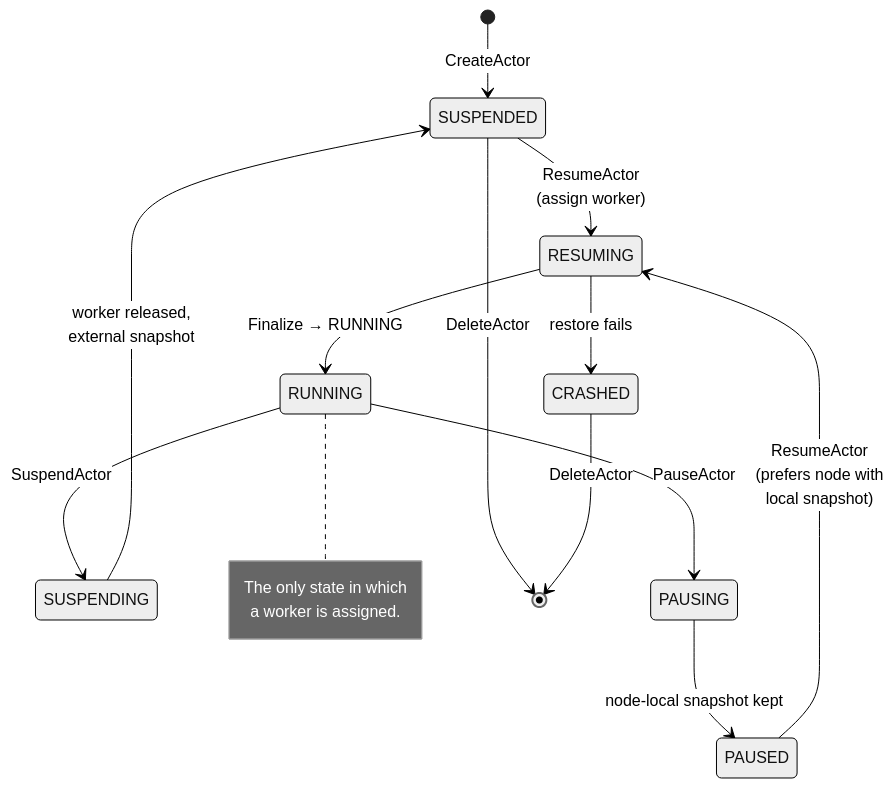
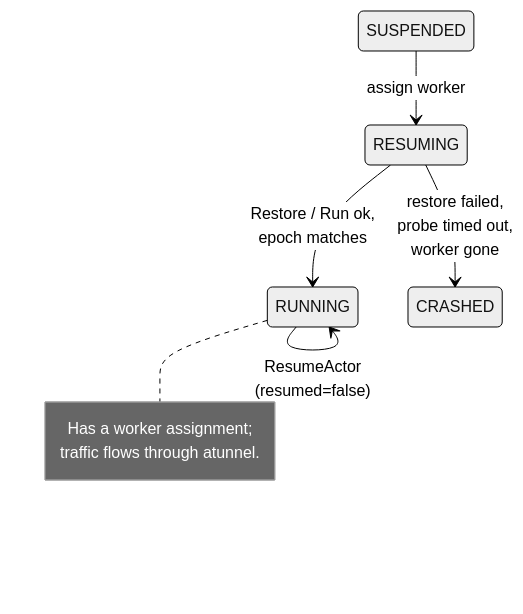
One commit to christian-posta/substrate changed the second of 2 diagrams in atlas/src/content/docs/flows/resume-actor.mdx. Above: the diagram before and after it, drawn with Mermaid (neutral theme). The commit also changed other lines of this file and 34 other files, not shown here.

````diff
--- a/atlas/src/content/docs/flows/resume-actor.mdx
+++ b/atlas/src/content/docs/flows/resume-actor.mdx
@@ -311,18 +353,11 @@
 ```mermaid
 stateDiagram-v2
-  [*] --> SUSPENDED: CreateActor
-  SUSPENDED --> RESUMING: ResumeActor<br/>(assign worker)
-  PAUSED --> RESUMING: ResumeActor<br/>(prefers node with<br/>local snapshot)
-  RESUMING --> RUNNING: Finalize → RUNNING
-  RESUMING --> CRASHED: restore fails
-  RUNNING --> SUSPENDING: SuspendActor
-  RUNNING --> PAUSING: PauseActor
-  SUSPENDING --> SUSPENDED: worker released,<br/>external snapshot
-  PAUSING --> PAUSED: node-local snapshot kept
-  SUSPENDED --> [*]: DeleteActor
-  CRASHED --> [*]: DeleteActor
+  SUSPENDED --> RESUMING: assign worker
+  RESUMING --> RUNNING: Restore / Run ok,<br/>epoch matches
+  RESUMING --> CRASHED: restore failed,<br/>probe timed out,<br/>worker gone
+  RUNNING --> RUNNING: ResumeActor<br/>(resumed=false)
   note right of RUNNING
-    The only state in which
-    a worker is assigned.
+    Has a worker assignment;
+    traffic flows through atunnel.
   end note
 ```
````
